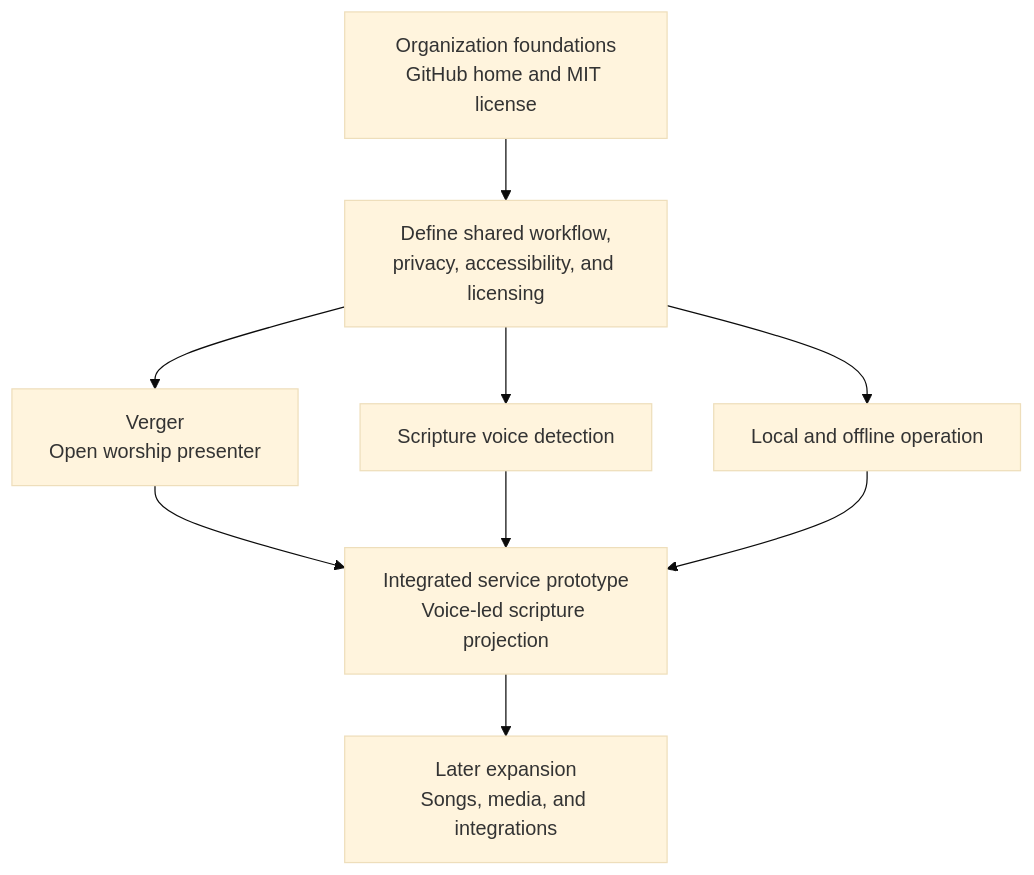
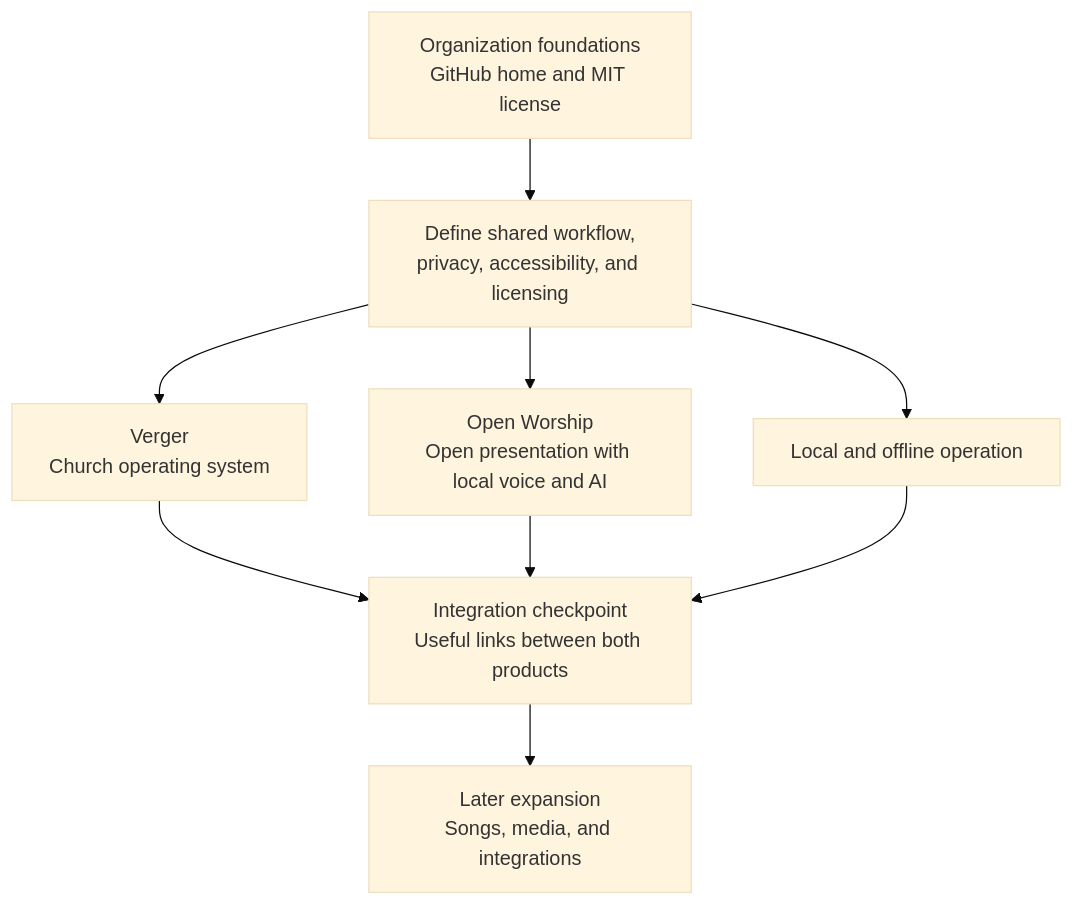
One commit to the-open-church-project/.github changed the first of 2 diagrams in ROADMAP.md. Above: the diagram before and after it, drawn with Mermaid (base theme). The commit also changed other lines of this file and 5 other files, not shown here.

Commit message:
Separate Verger and Open Worship roadmaps

````diff
--- a/ROADMAP.md
+++ b/ROADMAP.md
@@ -19,21 +19,21 @@
 ```mermaid
 flowchart TB
     A["Organization foundations<br/>GitHub home and MIT license"]
     B["Define shared workflow,<br/>privacy, accessibility, and licensing"]
     A --> B
 
-    V["Verger<br/>Open worship presenter"]
-    S["Scripture voice detection"]
+    V["Verger<br/>Church operating system"]
+    O["Open Worship<br/>Open presentation with local voice and AI"]
     L["Local and offline operation"]
     B --> V
-    B --> S
+    B --> O
     B --> L
 
-    P["Integrated service prototype<br/>Voice-led scripture projection"]
+    P["Integration checkpoint<br/>Useful links between both products"]
     V --> P
-    S --> P
+    O --> P
     L --> P
 
     G["Later expansion<br/>Songs, media, and integrations"]
     P --> G
 ```
````
